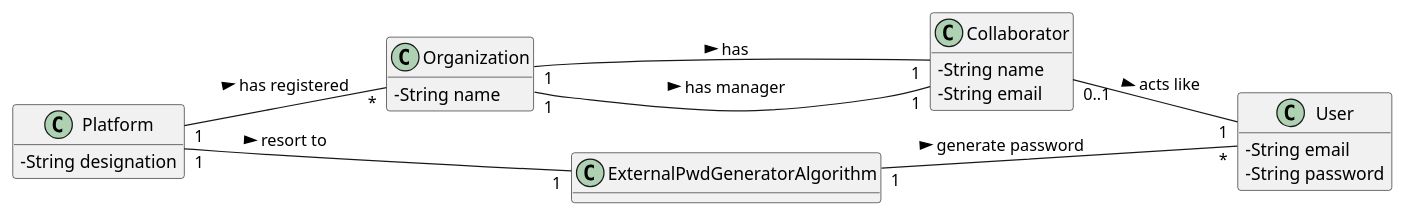
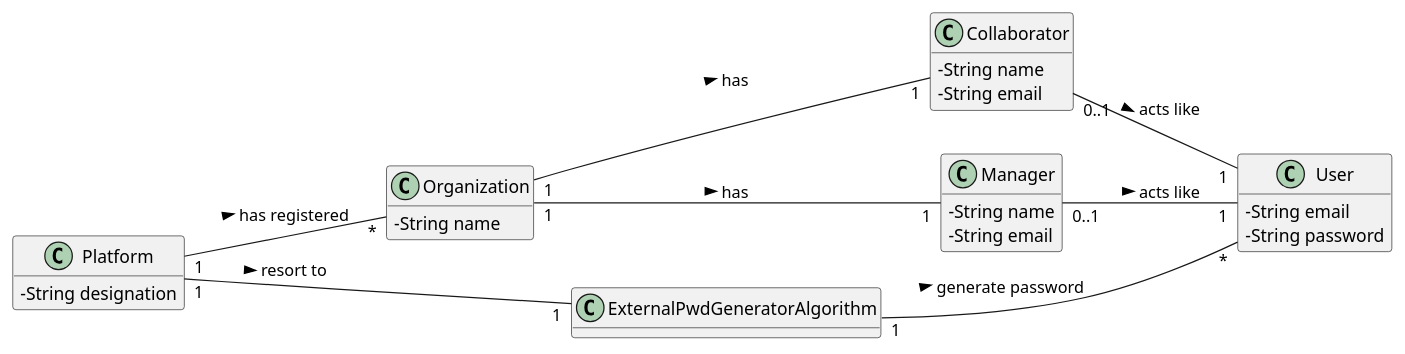
Before and after one commit to pedrolemos4/LAPR2: the diagram in docs/UC7 - Add New Organization/UC7_MD.puml, drawn with PlantUML. The commit also changed 3 other files, not shown here.

```diff
--- a/docs/UC7 - Add New Organization/UC7_MD.puml
+++ b/docs/UC7 - Add New Organization/UC7_MD.puml
@@ -1,37 +1,43 @@
 @startuml
 skinparam classAttributeIconSize 0
 hide methods
 left to right direction
 
 class Platform {
   -String designation
 }
 
 class Organization {
   -String name
 }
 
 class Collaborator {
   -String name
   -String email
 }
 
+class Manager {
+  -String name
+  -String email
+}
+
 class User {
   -String email
   -String password
 }
 
 class ExternalPwdGeneratorAlgorithm {
 }
 
 Platform "1" -- "*" Organization : has registered >
 Platform "1" -- "1" ExternalPwdGeneratorAlgorithm : resort to >
 
 Organization "1" -- "1" Collaborator: has >
-Organization "1" -- "1" Collaborator: has manager >
+Organization "1" -- "1" Manager: has >
 
 Collaborator "0..1" -- "1" User: acts like >
+Manager "0..1" -- "1" User: acts like >
 
 ExternalPwdGeneratorAlgorithm "1" -- "*" User : generate password >
 
 @enduml
```
